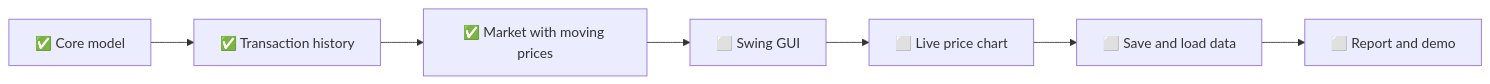
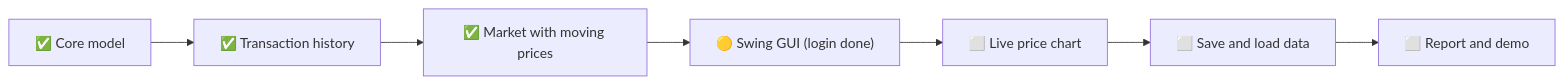
Before and after one commit to nabha3/tradingsimulation: the third of 3 diagrams in README.md, drawn with Mermaid. The commit also changed other lines of this file and 8 other files, not shown here.

Commit message:
Add Swing login screen, UserRegistry and login exceptions; move console demo to ConsoleDemo

````diff
--- a/README.md
+++ b/README.md
@@ -143,9 +149,9 @@
 ```mermaid
 flowchart LR
     A["✅ Core model"] --> B["✅ Transaction history"]
     B --> C["✅ Market with moving prices"]
-    C --> D["⬜ Swing GUI"]
+    C --> D["🟡 Swing GUI (login done)"]
     D --> E["⬜ Live price chart"]
     E --> F["⬜ Save and load data"]
     F --> G["⬜ Report and demo"]
 ```
````
